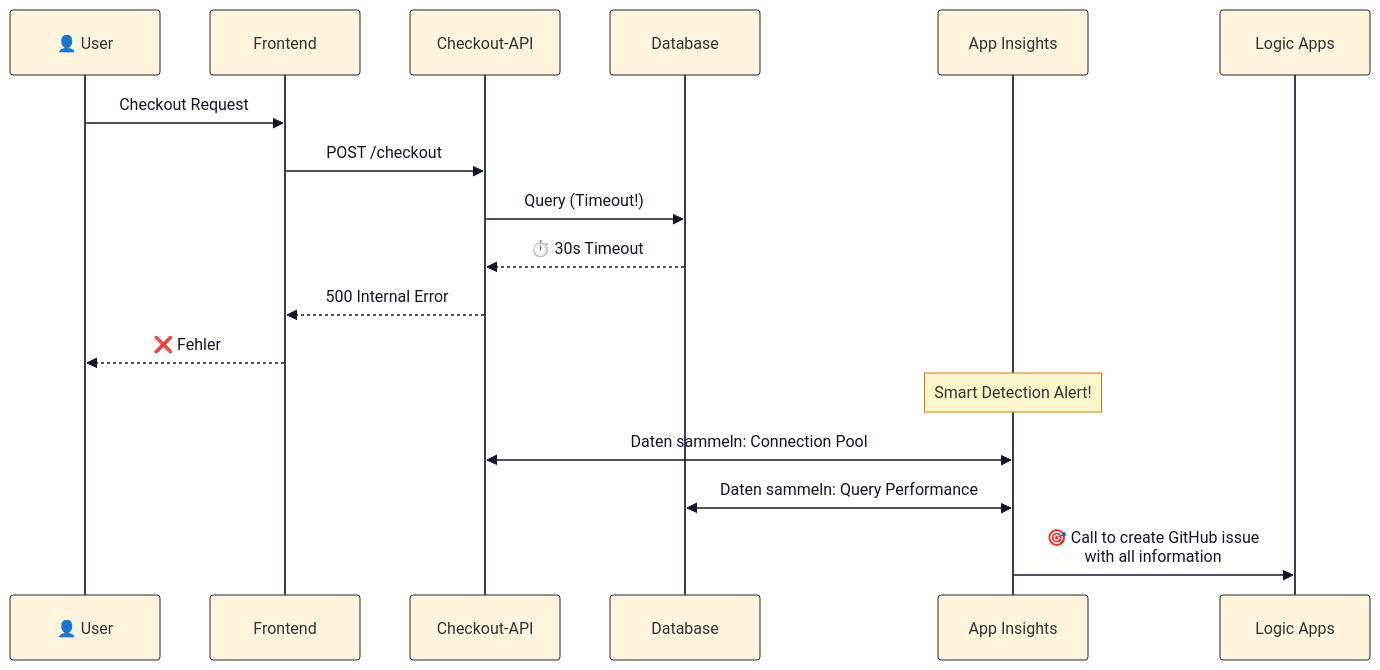
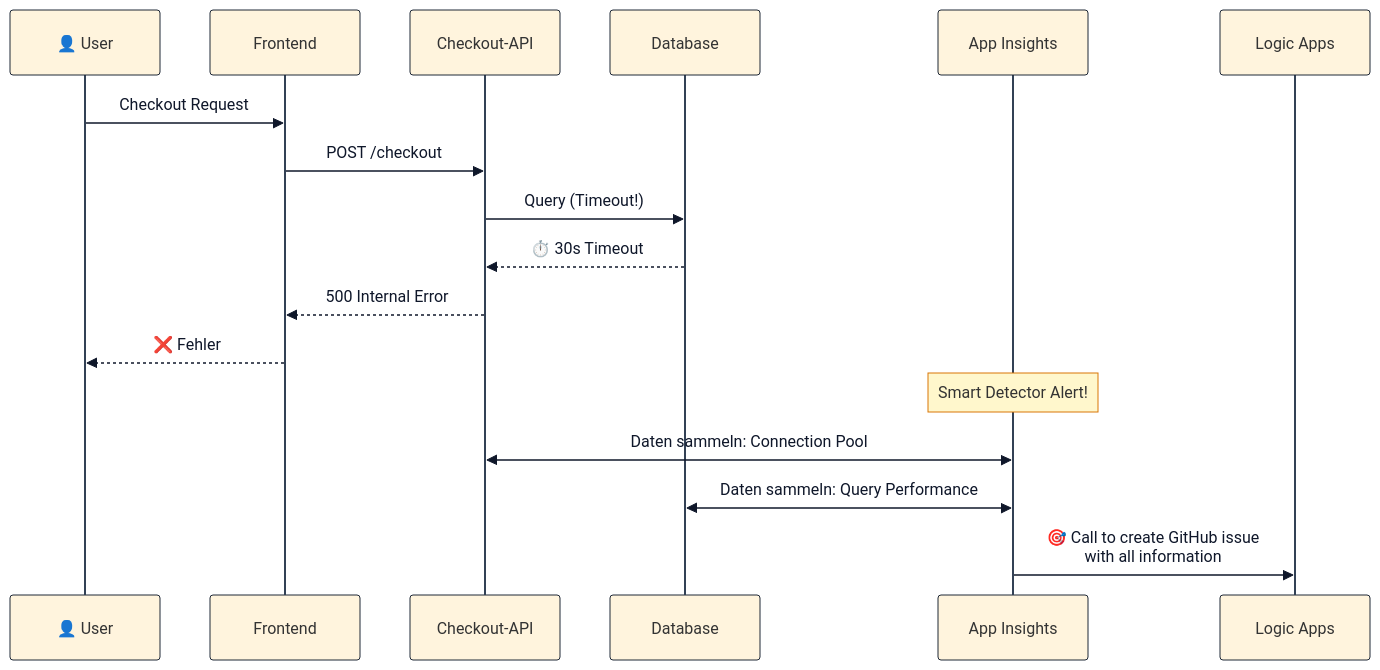
Before and after one commit to harrybin/presentations: the diagram in special-slides/aiops-Mainteance-mit-KI/rca-deep-dive.md, drawn with Mermaid. The commit also changed other lines of this file, not shown here.

Commit message:
fix: correct title references from "Smart Detection Alerts" to "Smart Detector Alerts" in RCA Deep Dive and related sections

````diff
--- a/special-slides/aiops-Mainteance-mit-KI/rca-deep-dive.md
+++ b/special-slides/aiops-Mainteance-mit-KI/rca-deep-dive.md
@@ -102,33 +102,33 @@
 ```mermaid {scale: 0.55}
 %%{init: {
   "theme": "base",
   "themeVariables": {
     "actorBorder": "#1f2937",
     "actorLineColor": "#334155",
     "signalColor": "#0f172a",
     "signalTextColor": "#0f172a",
     "noteBkgColor": "#fff7cc",
     "noteBorderColor": "#d97706"
   },
   "themeCSS": "g.actor:nth-of-type(1) rect { fill: #fde68a !important; stroke: #d97706 !important; } g.actor:nth-of-type(2) rect { fill: #bfdbfe !important; stroke: #2563eb !important; } g.actor:nth-of-type(3) rect { fill: #bbf7d0 !important; stroke: #16a34a !important; } g.actor:nth-of-type(4) rect { fill: #fecaca !important; stroke: #dc2626 !important; } g.actor:nth-of-type(5) rect { fill: #ddd6fe !important; stroke: #7c3aed !important; } g.actor:nth-of-type(6) rect { fill: #fbcfe8 !important; stroke: #db2777 !important; } .messageLine0, .messageLine1 { stroke-dasharray: 7 5; animation: pulse-flow 1.8s linear infinite; } @keyframes pulse-flow { to { stroke-dashoffset: -24; } }"
 }}%%
 sequenceDiagram
     participant User as 👤 User
     participant FE as Frontend
     participant API as Checkout-API
     participant DB as Database
     participant AI as App Insights
     participant LA as Logic Apps
 
     User->>FE: Checkout Request
     FE->>API: POST /checkout
     API->>DB: Query (Timeout!)
     DB-->>API: ⏱️ 30s Timeout
     API-->>FE: 500 Internal Error
     FE-->>User: ❌ Fehler
 
-    Note over AI: Smart Detection Alert!
+    Note over AI: Smart Detector Alert!
     API<<->>AI: Daten sammeln: Connection Pool
     DB<<->>AI: Daten sammeln: Query Performance
     AI->>LA: 🎯 Call to create GitHub issue<br/>with all information
 ```
````
